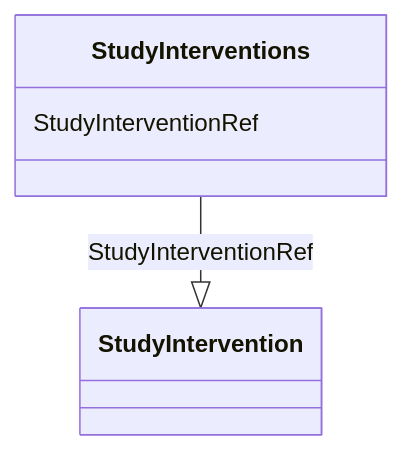
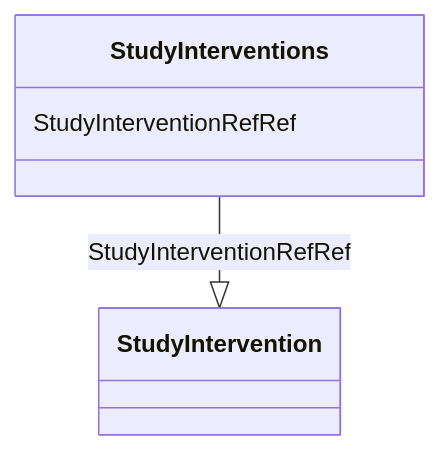
The diagram in docs/StudyInterventions.md (cdisc-org/DataExchange-ODM-LinkML), drawn with Mermaid before and after one commit. The commit also changed other lines of this file and 398 other files, not shown here.

Commit message:
refreshing for latest updates to schema

````diff
--- a/docs/StudyInterventions.md
+++ b/docs/StudyInterventions.md
@@ -9,9 +9,9 @@
 ```mermaid
  classDiagram
     class StudyInterventions
-      StudyInterventions : StudyInterventionRef
+      StudyInterventions : StudyInterventionRefRef
         
-          StudyInterventions --|> StudyIntervention : StudyInterventionRef
+          StudyInterventions --|> StudyIntervention : StudyInterventionRefRef
         
       
 ```
````
